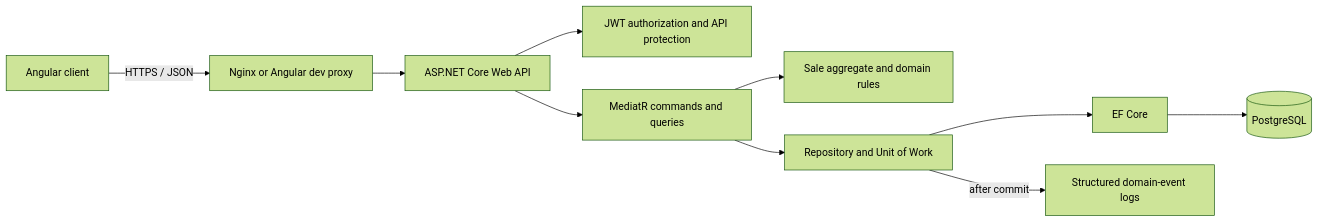
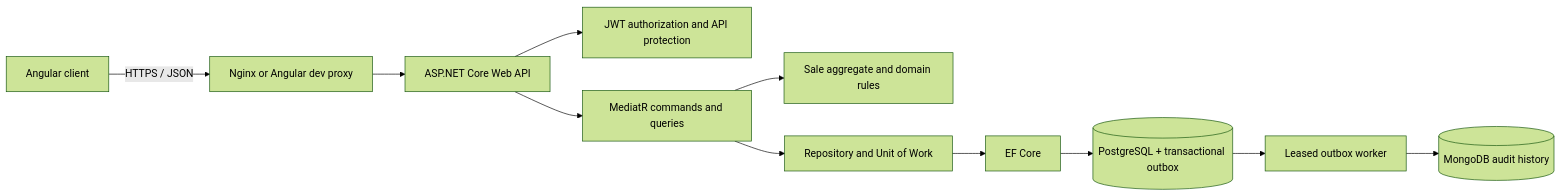
Before and after one commit to lauraizabel/OMINIA: the diagram in .doc/setup-and-delivery.md, drawn with Mermaid (forest theme). The commit also changed other lines of this file and 32 other files, not shown here.

Commit message:
feat: add transactional outbox and MongoDB audit

````diff
--- a/.doc/setup-and-delivery.md
+++ b/.doc/setup-and-delivery.md
@@ -166,12 +173,13 @@
 ```mermaid
 flowchart LR
     Browser[Angular client] -->|HTTPS / JSON| Proxy[Nginx or Angular dev proxy]
     Proxy --> API[ASP.NET Core Web API]
     API --> Auth[JWT authorization and API protection]
     API --> Mediator[MediatR commands and queries]
     Mediator --> Domain[Sale aggregate and domain rules]
     Mediator --> Repository[Repository and Unit of Work]
     Repository --> EF[EF Core]
-    EF --> PostgreSQL[(PostgreSQL)]
-    Repository -->|after commit| Events[Structured domain-event logs]
+    EF --> PostgreSQL[(PostgreSQL + transactional outbox)]
+    PostgreSQL --> Worker[Leased outbox worker]
+    Worker --> MongoDB[(MongoDB audit history)]
 ```
````
